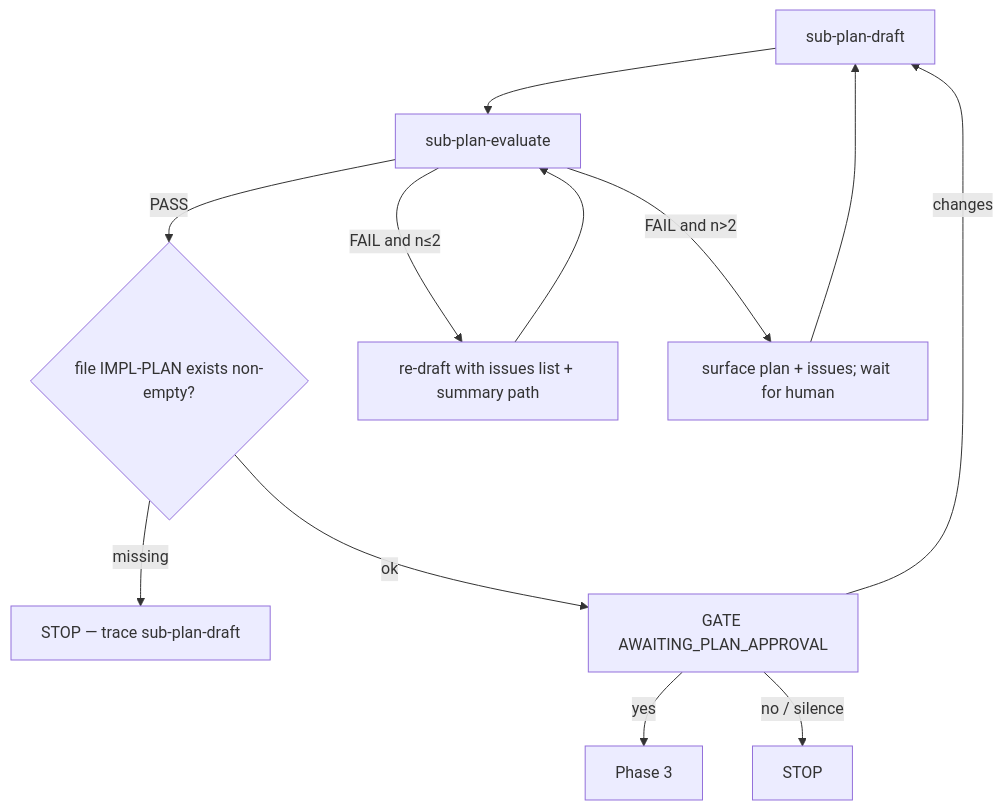
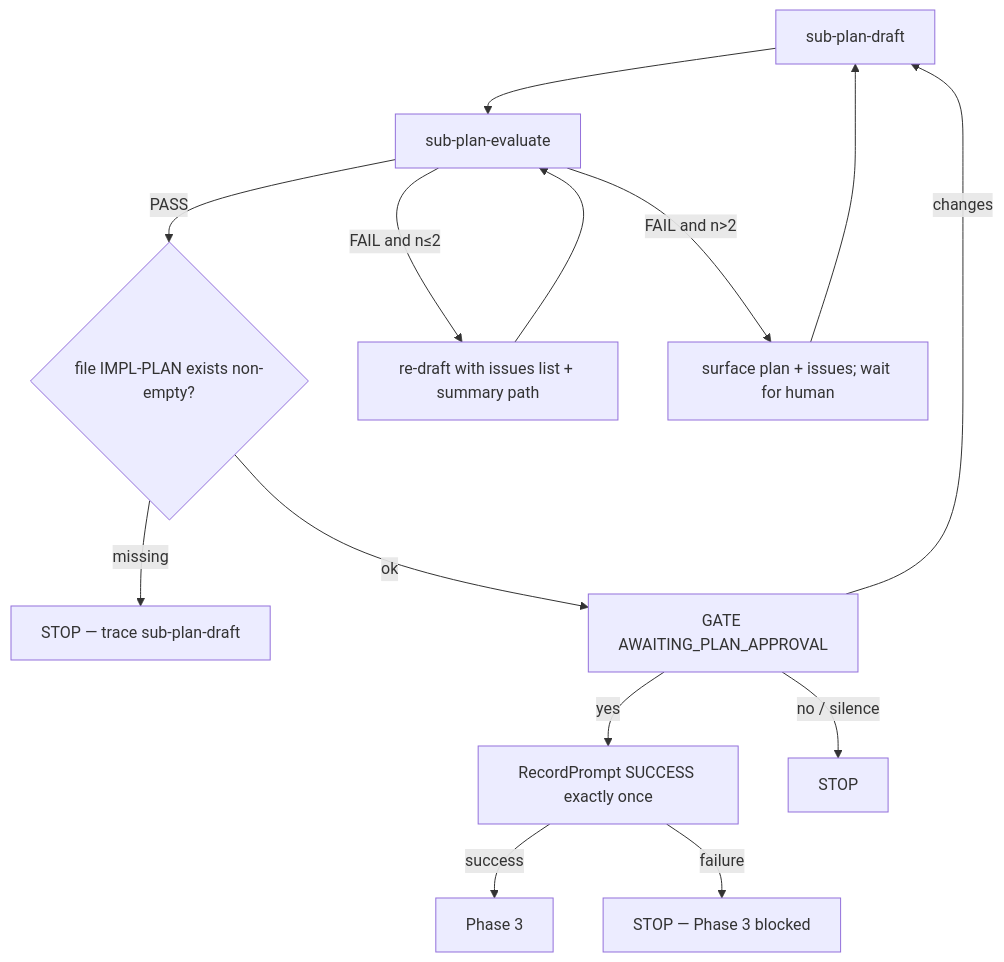
One commit to Agents-development-org/.github changed the second of 3 diagrams in agents/software-engineer-dev.agent.md. Above: the diagram before and after it, drawn with Mermaid. The commit also changed other lines of this file, not shown here.

Commit message:
enforced record prompt tool calling

````diff
--- a/agents/software-engineer-dev.agent.md
+++ b/agents/software-engineer-dev.agent.md
@@ -239,14 +242,16 @@
 ```mermaid
 flowchart TD
   D[sub-plan-draft] --> E[sub-plan-evaluate]
   E -->|PASS| G{file IMPL-PLAN exists non-empty?}
   E -->|FAIL and n≤2| D2[re-draft with issues list + summary path]
   D2 --> E
   E -->|FAIL and n>2| H[surface plan + issues; wait for human]
   H --> D
   G -->|missing| STOP2[STOP — trace sub-plan-draft]
   G -->|ok| GATE[GATE AWAITING_PLAN_APPROVAL]
-  GATE -->|yes| P3[Phase 3]
+  GATE -->|yes| RP[RecordPrompt SUCCESS exactly once]
+  RP -->|success| P3[Phase 3]
+  RP -->|failure| STOP4[STOP — Phase 3 blocked]
   GATE -->|changes| D
   GATE -->|no / silence| STOP3[STOP]
 ```
````
